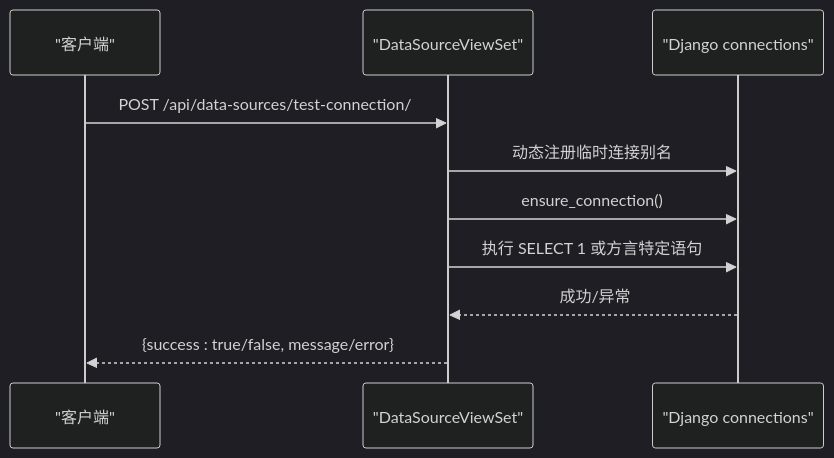
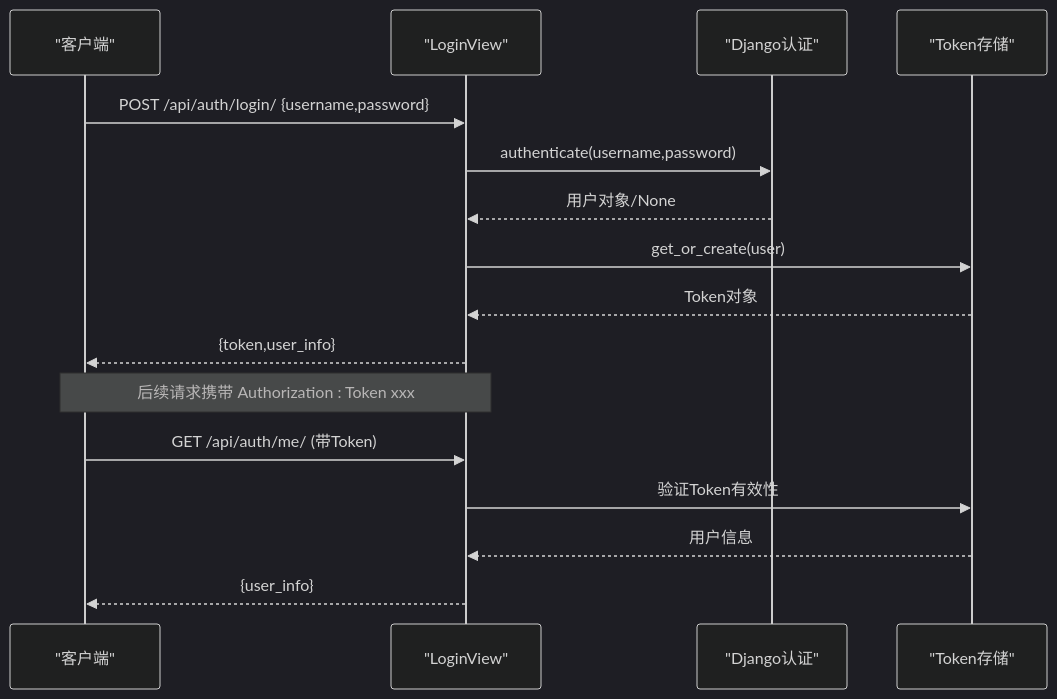
The third of 5 diagrams in .qoder/repowiki/zh/content/API参考文档/API参考文档.md (zyp-coder/Metadata), drawn with Mermaid (dark theme) before and after one commit. The commit also changed other lines of this file and 54 other files, not shown here.

````diff
--- a/.qoder/repowiki/zh/content/API参考文档/API参考文档.md
+++ b/.qoder/repowiki/zh/content/API参考文档/API参考文档.md
@@ -166,12 +176,18 @@
 ```mermaid
 sequenceDiagram
 participant C as "客户端"
-participant V as "DataSourceViewSet"
-participant Conn as "Django connections"
-C->>V : POST /api/data-sources/test-connection/
-V->>Conn : 动态注册临时连接别名
-V->>Conn : ensure_connection()
-V->>Conn : 执行 SELECT 1 或方言特定语句
-Conn-->>V : 成功/异常
-V-->>C : {success : true/false, message/error}
+participant V as "LoginView"
+participant A as "Django认证"
+participant T as "Token存储"
+C->>V : POST /api/auth/login/ {username,password}
+V->>A : authenticate(username,password)
+A-->>V : 用户对象/None
+V->>T : get_or_create(user)
+T-->>V : Token对象
+V-->>C : {token,user_info}
+Note over C,V : 后续请求携带 Authorization : Token xxx
+C->>V : GET /api/auth/me/ (带Token)
+V->>T : 验证Token有效性
+T-->>V : 用户信息
+V-->>C : {user_info}
 ```
````
